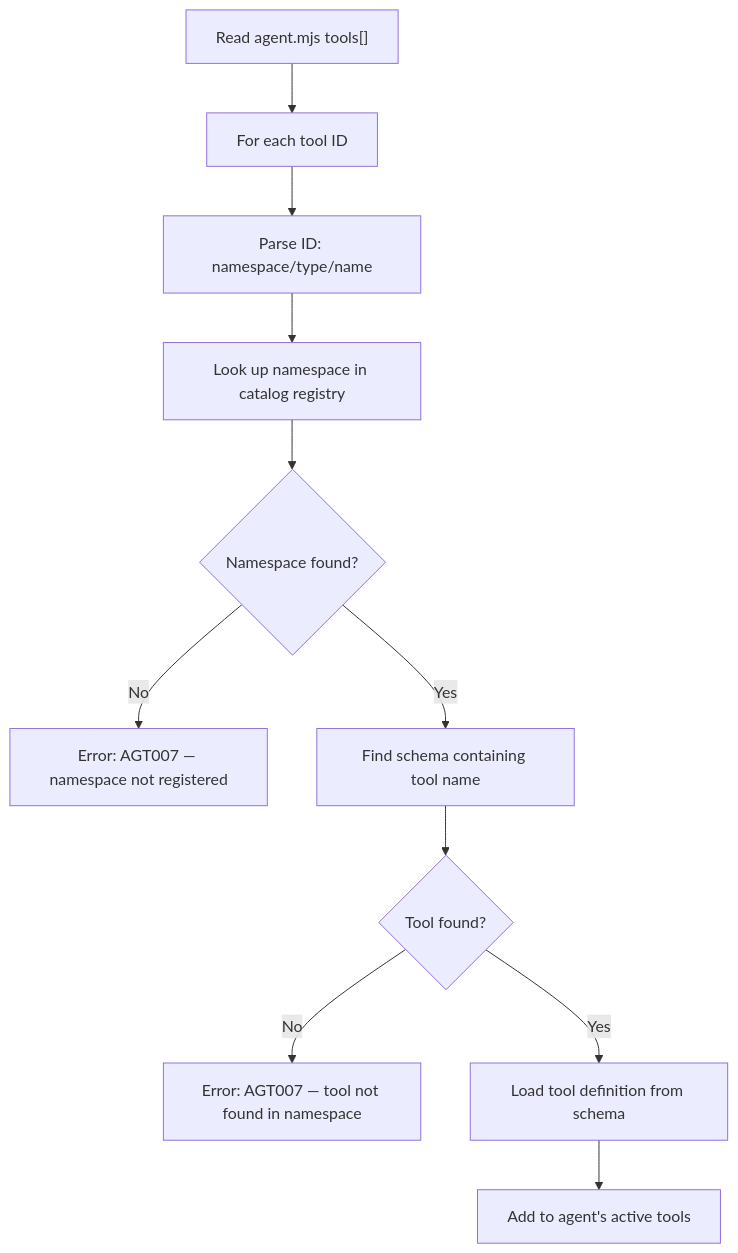
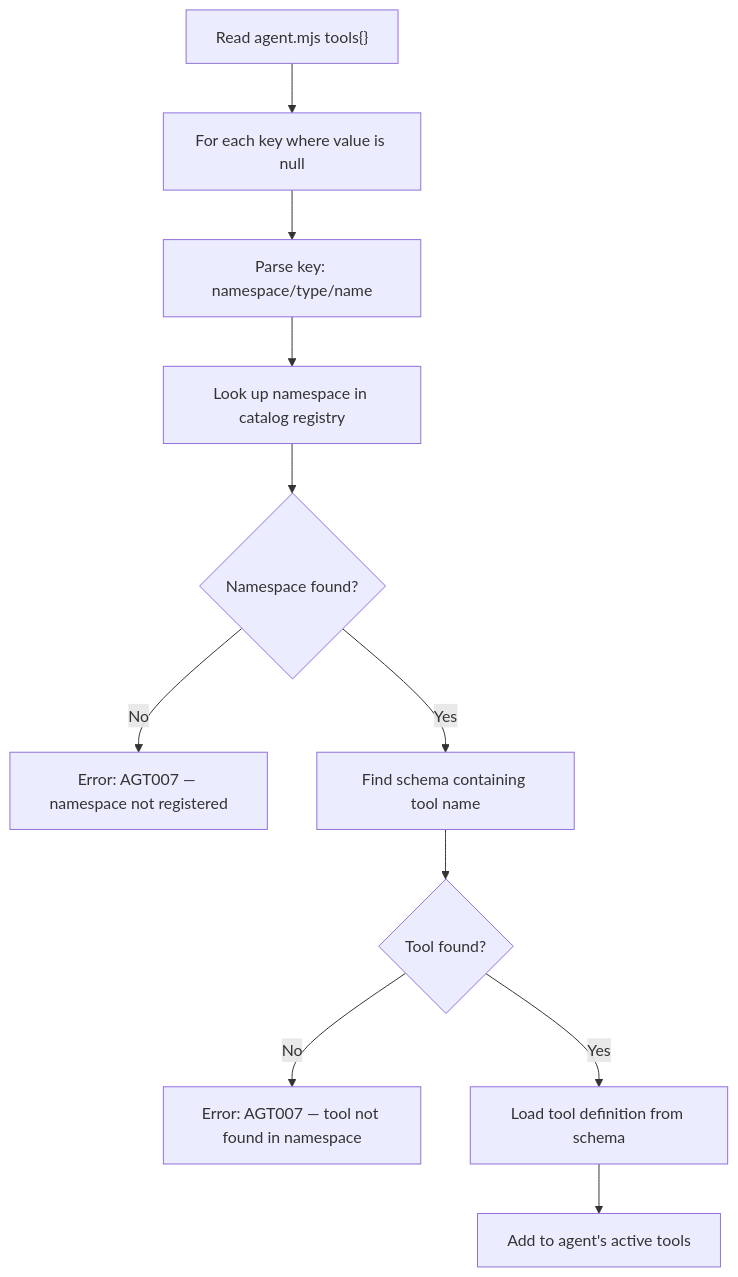
Before and after one commit to FlowMCP/flowmcp-spec: the third of 7 diagrams in spec/v3.0.0/06-agents.md, drawn with Mermaid. The commit also changed other lines of this file and 5 other files, not shown here.

Commit message:
docs(agents): export const agent + object tools #12

````diff
--- a/spec/v3.0.0/06-agents.md
+++ b/spec/v3.0.0/06-agents.md
@@ -279,13 +329,13 @@
 ```mermaid
 flowchart TD
-    A["Read agent.mjs tools[]"] --> B["For each tool ID"]
-    B --> C["Parse ID: namespace/type/name"]
+    A["Read agent.mjs tools{}"] --> B["For each key where value is null"]
+    B --> C["Parse key: namespace/type/name"]
     C --> D["Look up namespace in catalog registry"]
     D --> E{Namespace found?}
     E -->|No| F["Error: AGT007 — namespace not registered"]
     E -->|Yes| G["Find schema containing tool name"]
     G --> H{Tool found?}
     H -->|No| I["Error: AGT007 — tool not found in namespace"]
     H -->|Yes| J["Load tool definition from schema"]
     J --> K["Add to agent's active tools"]
 ```
````
